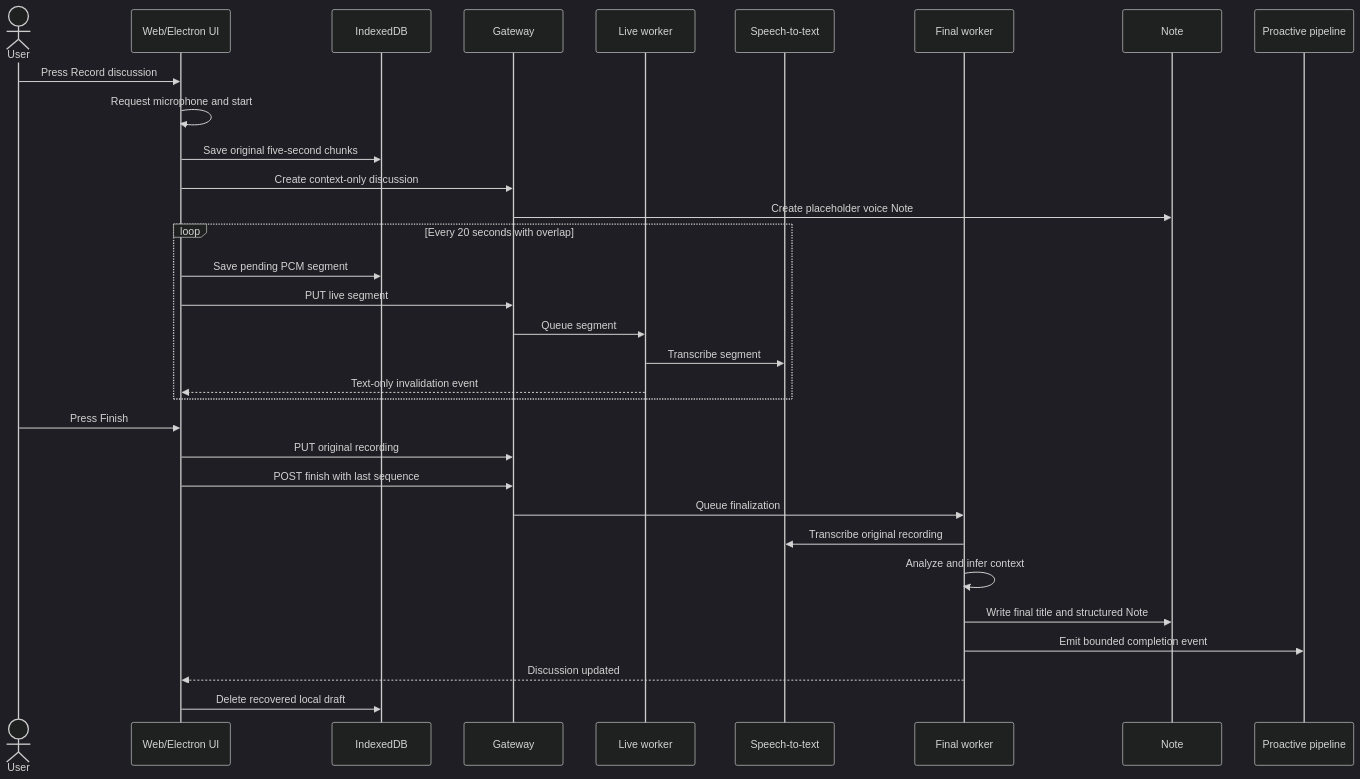
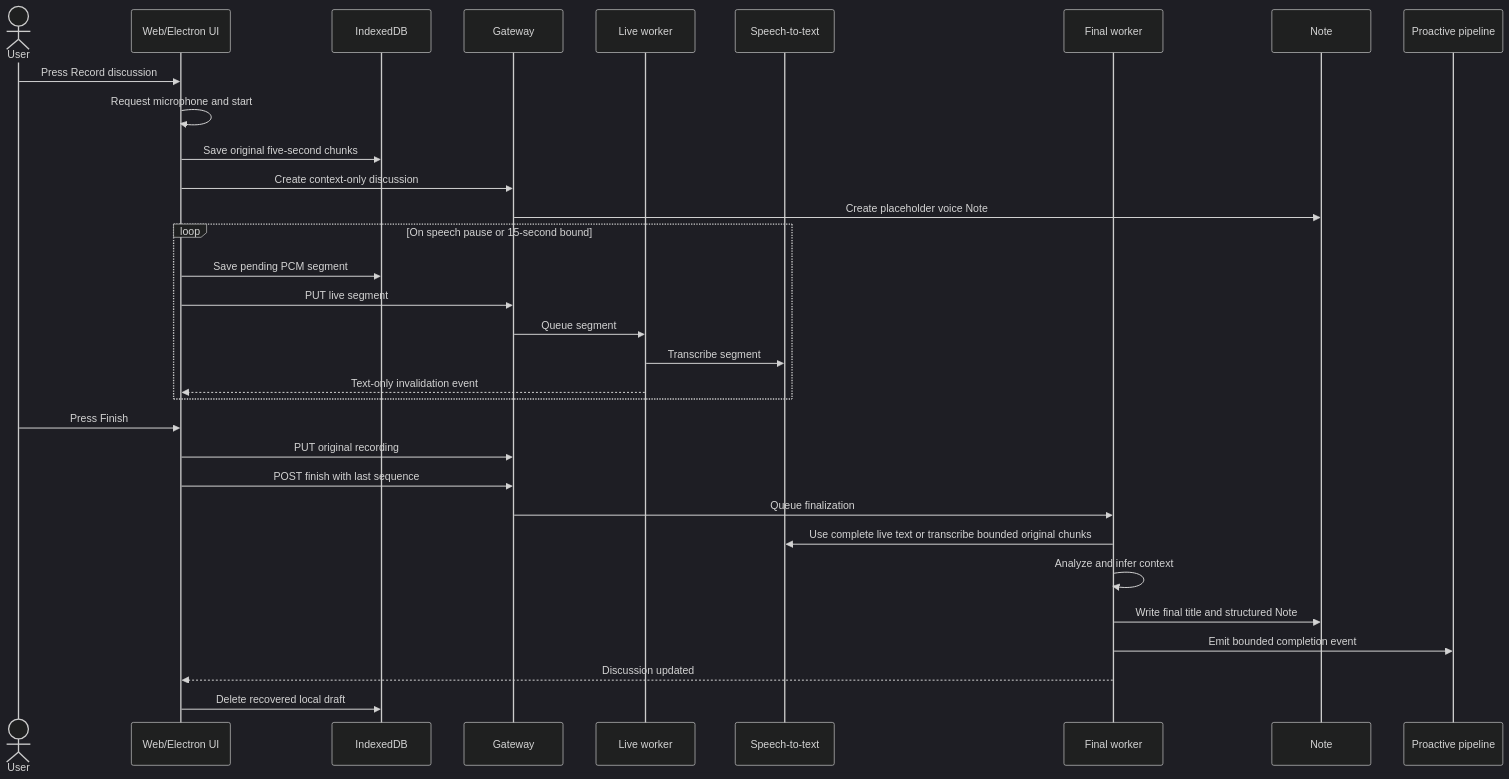
One commit to xopcai/xopc changed the first of 2 diagrams in docs/design/discussion-capture-mvp.md. Above: the diagram before and after it, drawn with Mermaid (dark theme). The commit also changed other lines of this file and 46 other files, not shown here.

First line of the commit message:
feat: enhance live PCM segmenter with speech detection and silence handling

````diff
--- a/docs/design/discussion-capture-mvp.md
+++ b/docs/design/discussion-capture-mvp.md
@@ -52,35 +52,35 @@
 ```mermaid
 sequenceDiagram
     actor U as User
     participant UI as Web/Electron UI
     participant IDB as IndexedDB
     participant API as Gateway
     participant LW as Live worker
     participant STT as Speech-to-text
     participant FW as Final worker
     participant N as Note
     participant PA as Proactive pipeline
 
     U->>UI: Press Record discussion
     UI->>UI: Request microphone and start
     UI->>IDB: Save original five-second chunks
     UI->>API: Create context-only discussion
     API->>N: Create placeholder voice Note
-    loop Every 20 seconds with overlap
+    loop On speech pause or 15-second bound
         UI->>IDB: Save pending PCM segment
         UI->>API: PUT live segment
         API->>LW: Queue segment
         LW->>STT: Transcribe segment
         LW-->>UI: Text-only invalidation event
     end
     U->>UI: Press Finish
     UI->>API: PUT original recording
     UI->>API: POST finish with last sequence
     API->>FW: Queue finalization
-    FW->>STT: Transcribe original recording
+    FW->>STT: Use complete live text or transcribe bounded original chunks
     FW->>FW: Analyze and infer context
     FW->>N: Write final title and structured Note
     FW->>PA: Emit bounded completion event
     FW-->>UI: Discussion updated
     UI->>IDB: Delete recovered local draft
 ```
````
